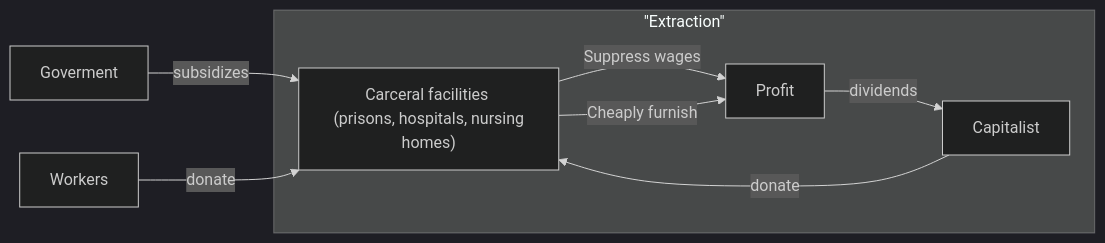
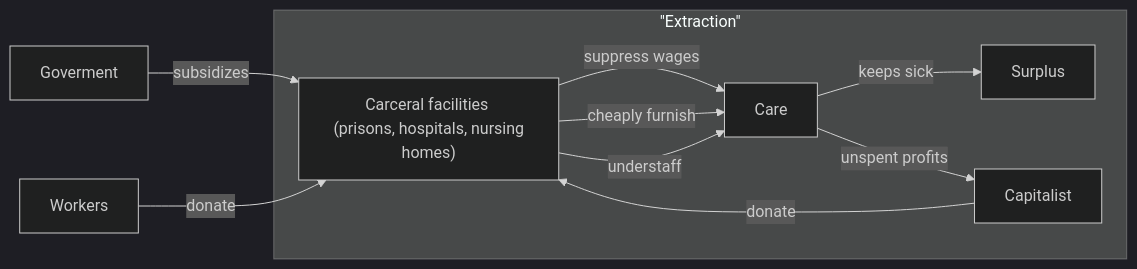
One commit to renters-union-nashville/health changed the second of 4 diagrams in PITCHME.md. Above: the diagram before and after it, drawn with Mermaid.

Commit message:
improve clarity of extraction

````diff
--- a/PITCHME.md
+++ b/PITCHME.md
@@ -186,12 +186,14 @@
 ```mermaid[extraction process]
 %%{init: {'theme': 'dark'} }%%
 flowchart LR
     A[Goverment] -- subsidizes --> D["Carceral facilities <br> (prisons, hospitals, nursing homes)"]
     C[Workers] -- donate --> D
     subgraph "#quot;Extraction#quot;"
     B[Capitalist] --  donate --> D
-    D -- Suppress wages --> E[Profit]
-    D -- Cheaply furnish --> E
-    E -- dividends --> B
+    D -- suppress wages --> E[Care]
+    D -- cheaply furnish --> E
+    D -- understaff --> E
+    E -- keeps sick --> F[Surplus]
+    E -- unspent profits --> B
     end
 ```
````
